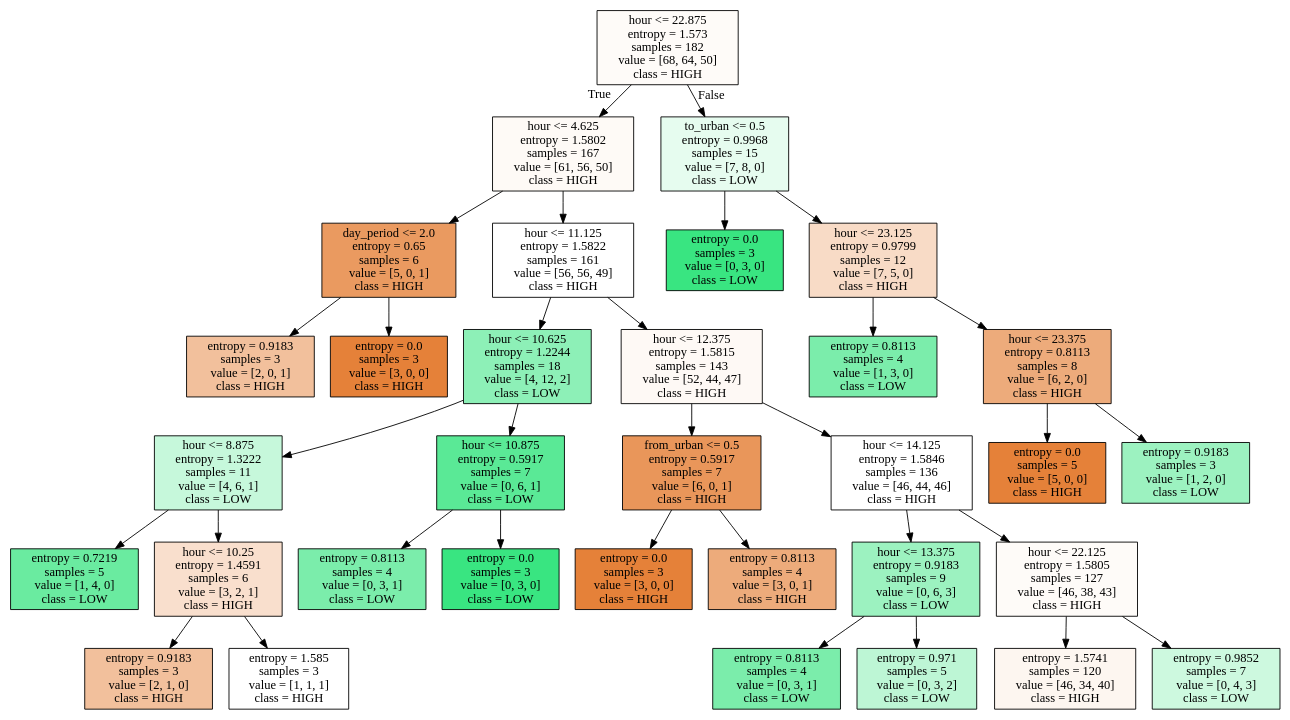
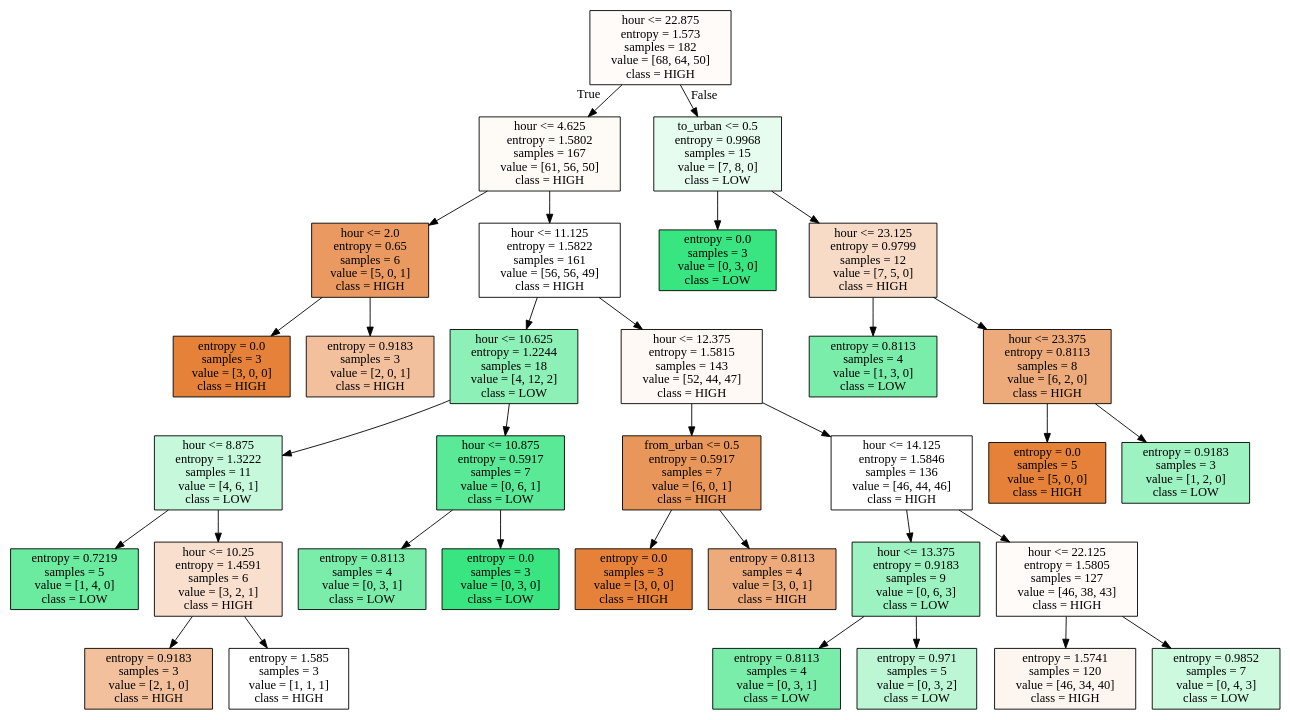
Before and after one commit to alexdaube/BelgianTrainsOccupancy: the diagram in SUNDAY_iris.dot, drawn with Graphviz. The commit also changed 4 other files, not shown here.

```diff
--- a/SUNDAY_iris.dot
+++ b/SUNDAY_iris.dot
@@ -1,68 +1,68 @@
 digraph Tree {
 node [shape=box, style="filled", color="black"] ;
 0 [label="hour <= 22.875\nentropy = 1.573\nsamples = 182\nvalue = [68, 64, 50]\nclass = HIGH", fillcolor="#e5813909"] ;
 1 [label="hour <= 4.625\nentropy = 1.5802\nsamples = 167\nvalue = [61, 56, 50]\nclass = HIGH", fillcolor="#e581390b"] ;
 0 -> 1 [labeldistance=2.5, labelangle=45, headlabel="True"] ;
-2 [label="day_period <= 2.0\nentropy = 0.65\nsamples = 6\nvalue = [5, 0, 1]\nclass = HIGH", fillcolor="#e58139cc"] ;
+2 [label="hour <= 2.0\nentropy = 0.65\nsamples = 6\nvalue = [5, 0, 1]\nclass = HIGH", fillcolor="#e58139cc"] ;
 1 -> 2 ;
-3 [label="entropy = 0.9183\nsamples = 3\nvalue = [2, 0, 1]\nclass = HIGH", fillcolor="#e581397f"] ;
+3 [label="entropy = 0.0\nsamples = 3\nvalue = [3, 0, 0]\nclass = HIGH", fillcolor="#e58139ff"] ;
 2 -> 3 ;
-4 [label="entropy = 0.0\nsamples = 3\nvalue = [3, 0, 0]\nclass = HIGH", fillcolor="#e58139ff"] ;
+4 [label="entropy = 0.9183\nsamples = 3\nvalue = [2, 0, 1]\nclass = HIGH", fillcolor="#e581397f"] ;
 2 -> 4 ;
 5 [label="hour <= 11.125\nentropy = 1.5822\nsamples = 161\nvalue = [56, 56, 49]\nclass = HIGH", fillcolor="#e5813900"] ;
 1 -> 5 ;
 6 [label="hour <= 10.625\nentropy = 1.2244\nsamples = 18\nvalue = [4, 12, 2]\nclass = LOW", fillcolor="#39e58192"] ;
 5 -> 6 ;
 7 [label="hour <= 8.875\nentropy = 1.3222\nsamples = 11\nvalue = [4, 6, 1]\nclass = LOW", fillcolor="#39e58149"] ;
 6 -> 7 ;
 8 [label="entropy = 0.7219\nsamples = 5\nvalue = [1, 4, 0]\nclass = LOW", fillcolor="#39e581bf"] ;
 7 -> 8 ;
 9 [label="hour <= 10.25\nentropy = 1.4591\nsamples = 6\nvalue = [3, 2, 1]\nclass = HIGH", fillcolor="#e5813940"] ;
 7 -> 9 ;
 10 [label="entropy = 0.9183\nsamples = 3\nvalue = [2, 1, 0]\nclass = HIGH", fillcolor="#e581397f"] ;
 9 -> 10 ;
 11 [label="entropy = 1.585\nsamples = 3\nvalue = [1, 1, 1]\nclass = HIGH", fillcolor="#e5813900"] ;
 9 -> 11 ;
 12 [label="hour <= 10.875\nentropy = 0.5917\nsamples = 7\nvalue = [0, 6, 1]\nclass = LOW", fillcolor="#39e581d4"] ;
 6 -> 12 ;
 13 [label="entropy = 0.8113\nsamples = 4\nvalue = [0, 3, 1]\nclass = LOW", fillcolor="#39e581aa"] ;
 12 -> 13 ;
 14 [label="entropy = 0.0\nsamples = 3\nvalue = [0, 3, 0]\nclass = LOW", fillcolor="#39e581ff"] ;
 12 -> 14 ;
 15 [label="hour <= 12.375\nentropy = 1.5815\nsamples = 143\nvalue = [52, 44, 47]\nclass = HIGH", fillcolor="#e581390d"] ;
 5 -> 15 ;
 16 [label="from_urban <= 0.5\nentropy = 0.5917\nsamples = 7\nvalue = [6, 0, 1]\nclass = HIGH", fillcolor="#e58139d4"] ;
 15 -> 16 ;
 17 [label="entropy = 0.0\nsamples = 3\nvalue = [3, 0, 0]\nclass = HIGH", fillcolor="#e58139ff"] ;
 16 -> 17 ;
 18 [label="entropy = 0.8113\nsamples = 4\nvalue = [3, 0, 1]\nclass = HIGH", fillcolor="#e58139aa"] ;
 16 -> 18 ;
 19 [label="hour <= 14.125\nentropy = 1.5846\nsamples = 136\nvalue = [46, 44, 46]\nclass = HIGH", fillcolor="#e5813900"] ;
 15 -> 19 ;
 20 [label="hour <= 13.375\nentropy = 0.9183\nsamples = 9\nvalue = [0, 6, 3]\nclass = LOW", fillcolor="#39e5817f"] ;
 19 -> 20 ;
 21 [label="entropy = 0.8113\nsamples = 4\nvalue = [0, 3, 1]\nclass = LOW", fillcolor="#39e581aa"] ;
 20 -> 21 ;
 22 [label="entropy = 0.971\nsamples = 5\nvalue = [0, 3, 2]\nclass = LOW", fillcolor="#39e58155"] ;
 20 -> 22 ;
 23 [label="hour <= 22.125\nentropy = 1.5805\nsamples = 127\nvalue = [46, 38, 43]\nclass = HIGH", fillcolor="#e5813909"] ;
 19 -> 23 ;
 24 [label="entropy = 1.5741\nsamples = 120\nvalue = [46, 34, 40]\nclass = HIGH", fillcolor="#e5813913"] ;
 23 -> 24 ;
 25 [label="entropy = 0.9852\nsamples = 7\nvalue = [0, 4, 3]\nclass = LOW", fillcolor="#39e58140"] ;
 23 -> 25 ;
 26 [label="to_urban <= 0.5\nentropy = 0.9968\nsamples = 15\nvalue = [7, 8, 0]\nclass = LOW", fillcolor="#39e58120"] ;
 0 -> 26 [labeldistance=2.5, labelangle=-45, headlabel="False"] ;
 27 [label="entropy = 0.0\nsamples = 3\nvalue = [0, 3, 0]\nclass = LOW", fillcolor="#39e581ff"] ;
 26 -> 27 ;
 28 [label="hour <= 23.125\nentropy = 0.9799\nsamples = 12\nvalue = [7, 5, 0]\nclass = HIGH", fillcolor="#e5813949"] ;
 26 -> 28 ;
 29 [label="entropy = 0.8113\nsamples = 4\nvalue = [1, 3, 0]\nclass = LOW", fillcolor="#39e581aa"] ;
 28 -> 29 ;
 30 [label="hour <= 23.375\nentropy = 0.8113\nsamples = 8\nvalue = [6, 2, 0]\nclass = HIGH", fillcolor="#e58139aa"] ;
 28 -> 30 ;
 31 [label="entropy = 0.0\nsamples = 5\nvalue = [5, 0, 0]\nclass = HIGH", fillcolor="#e58139ff"] ;
 30 -> 31 ;
 32 [label="entropy = 0.9183\nsamples = 3\nvalue = [1, 2, 0]\nclass = LOW", fillcolor="#39e5817f"] ;
 30 -> 32 ;
 }
```
